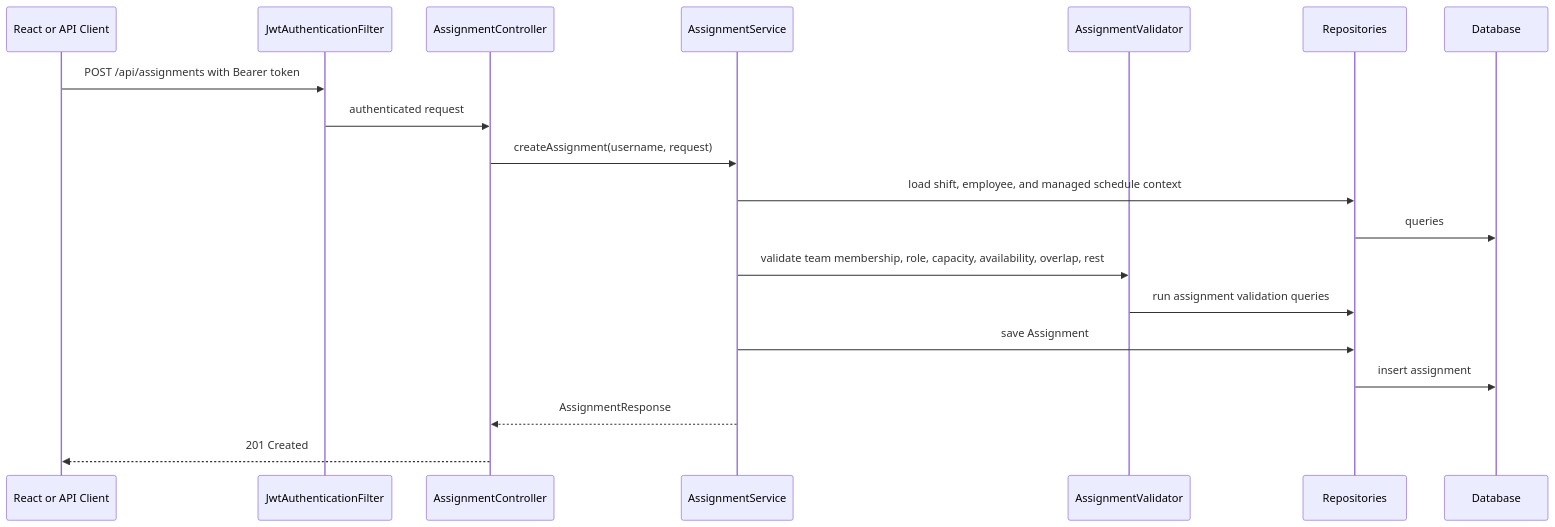
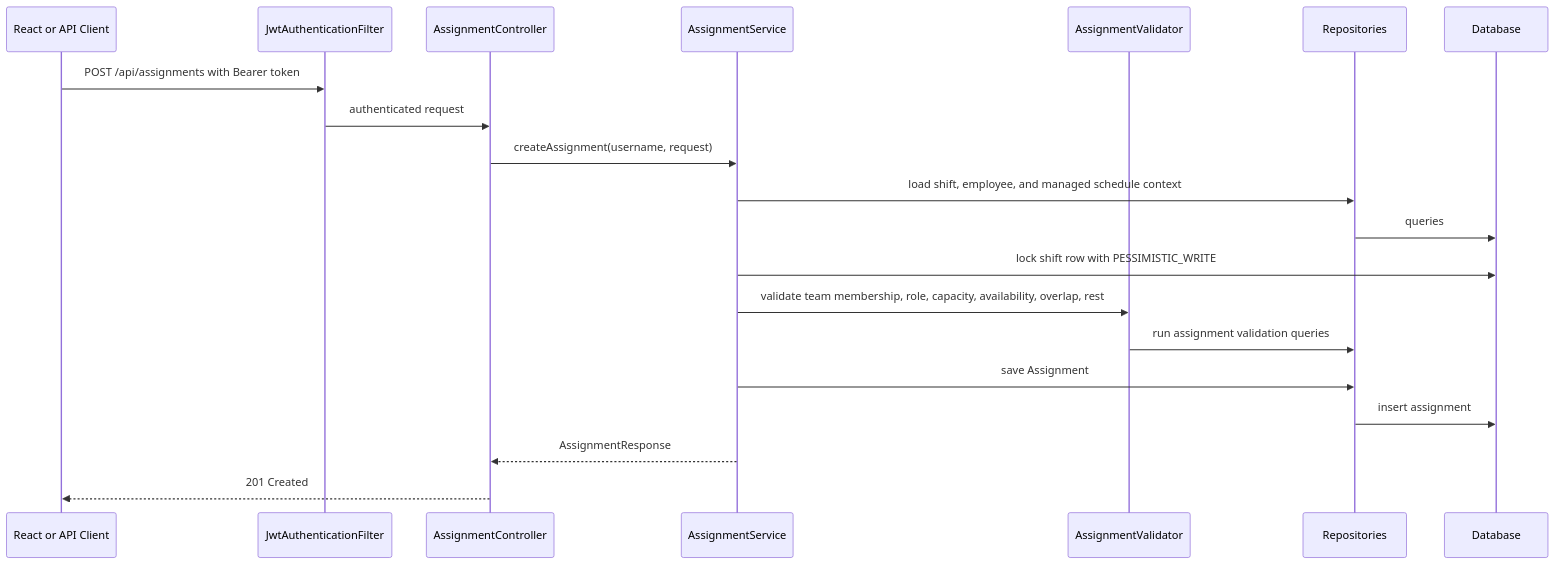
Before and after one commit to HiliMor/shift-management-system: diagram 14 of 20 in docs/current-backend-architecture.md, drawn with Mermaid. The commit also changed other lines of this file and 26 other files, not shown here.

````diff
--- a/docs/current-backend-architecture.md
+++ b/docs/current-backend-architecture.md
@@ -602,22 +603,23 @@
 ```mermaid
 sequenceDiagram
     participant Client as React or API Client
     participant Security as JwtAuthenticationFilter
     participant AssignmentController
     participant AssignmentService
     participant AssignmentValidator
     participant Repositories
     participant Database
 
     Client->>Security: POST /api/assignments with Bearer token
     Security->>AssignmentController: authenticated request
     AssignmentController->>AssignmentService: createAssignment(username, request)
     AssignmentService->>Repositories: load shift, employee, and managed schedule context
     Repositories->>Database: queries
+    AssignmentService->>Database: lock shift row with PESSIMISTIC_WRITE
     AssignmentService->>AssignmentValidator: validate team membership, role, capacity, availability, overlap, rest
     AssignmentValidator->>Repositories: run assignment validation queries
     AssignmentService->>Repositories: save Assignment
     Repositories->>Database: insert assignment
     AssignmentService-->>AssignmentController: AssignmentResponse
     AssignmentController-->>Client: 201 Created
 ```
````
